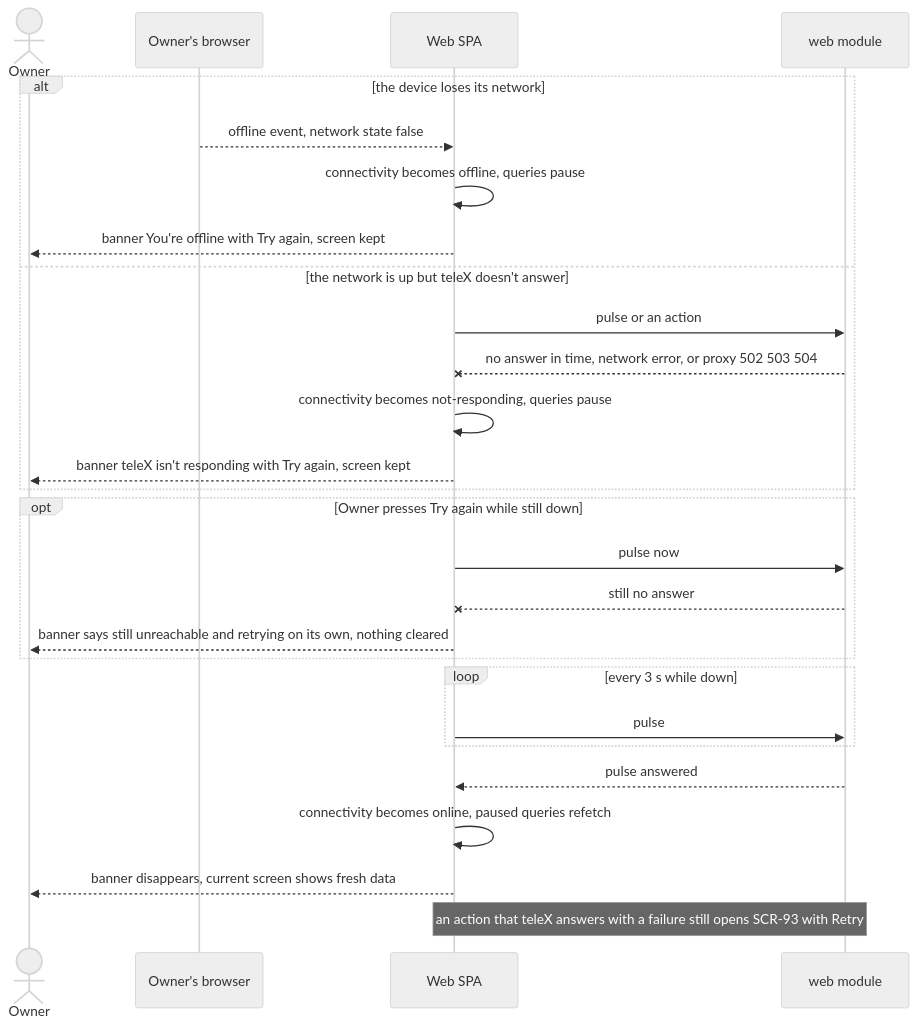
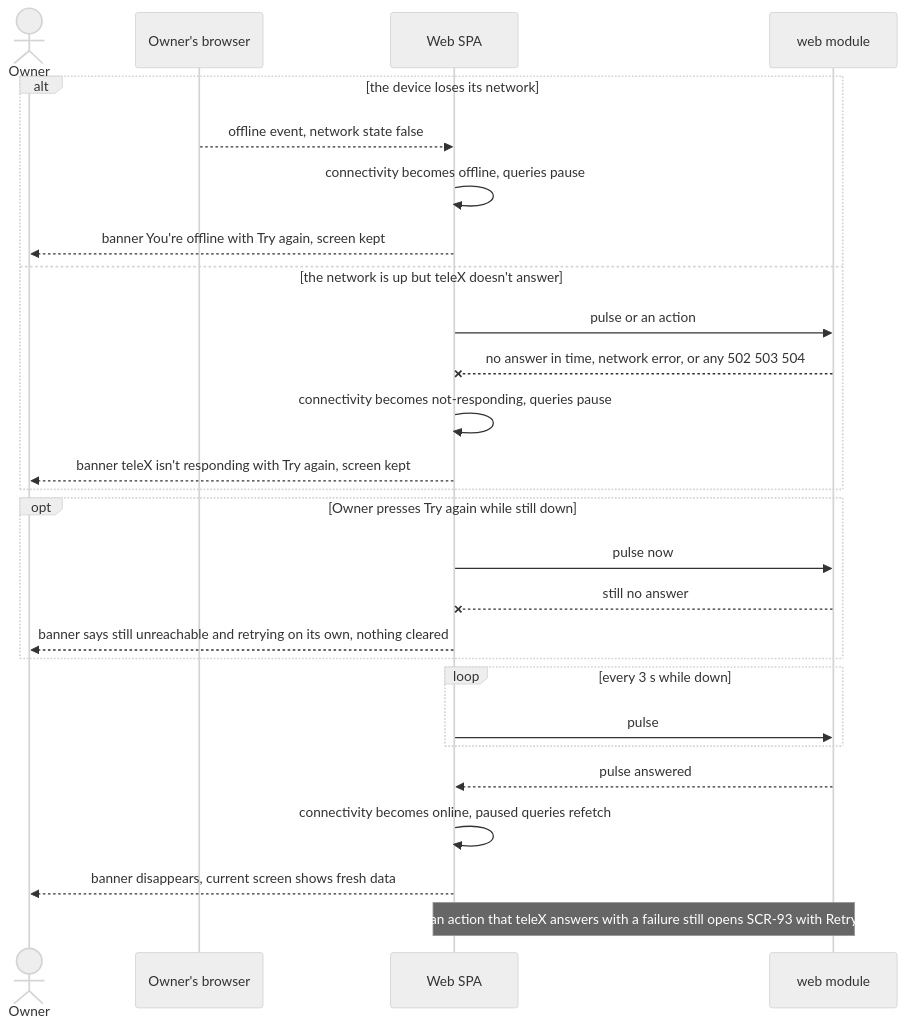
The fourth of 10 diagrams in docs/features/app-shell/sad.md (drnetua/telex), drawn with Mermaid (neutral theme) before and after one commit. The commit also changed other lines of this file and 6 other files, not shown here.

````diff
--- a/docs/features/app-shell/sad.md
+++ b/docs/features/app-shell/sad.md
@@ -241,30 +241,30 @@
 ```mermaid
 sequenceDiagram
     actor Owner
     participant Browser as Owner's browser
     participant SPA as Web SPA
     participant Web as web module
 
     alt the device loses its network
         Browser-->>SPA: offline event, network state false
         SPA->>SPA: connectivity becomes offline, queries pause
         SPA-->>Owner: banner You're offline with Try again, screen kept
     else the network is up but teleX doesn't answer
         SPA->>Web: pulse or an action
-        Web--xSPA: no answer in time, network error, or proxy 502 503 504
+        Web--xSPA: no answer in time, network error, or any 502 503 504
         SPA->>SPA: connectivity becomes not-responding, queries pause
         SPA-->>Owner: banner teleX isn't responding with Try again, screen kept
     end
     opt Owner presses Try again while still down
         SPA->>Web: pulse now
         Web--xSPA: still no answer
         SPA-->>Owner: banner says still unreachable and retrying on its own, nothing cleared
     end
     loop every 3 s while down
         SPA->>Web: pulse
     end
     Web-->>SPA: pulse answered
     SPA->>SPA: connectivity becomes online, paused queries refetch
     SPA-->>Owner: banner disappears, current screen shows fresh data
     Note over SPA,Web: an action that teleX answers with a failure still opens SCR-93 with Retry
 ```
````
